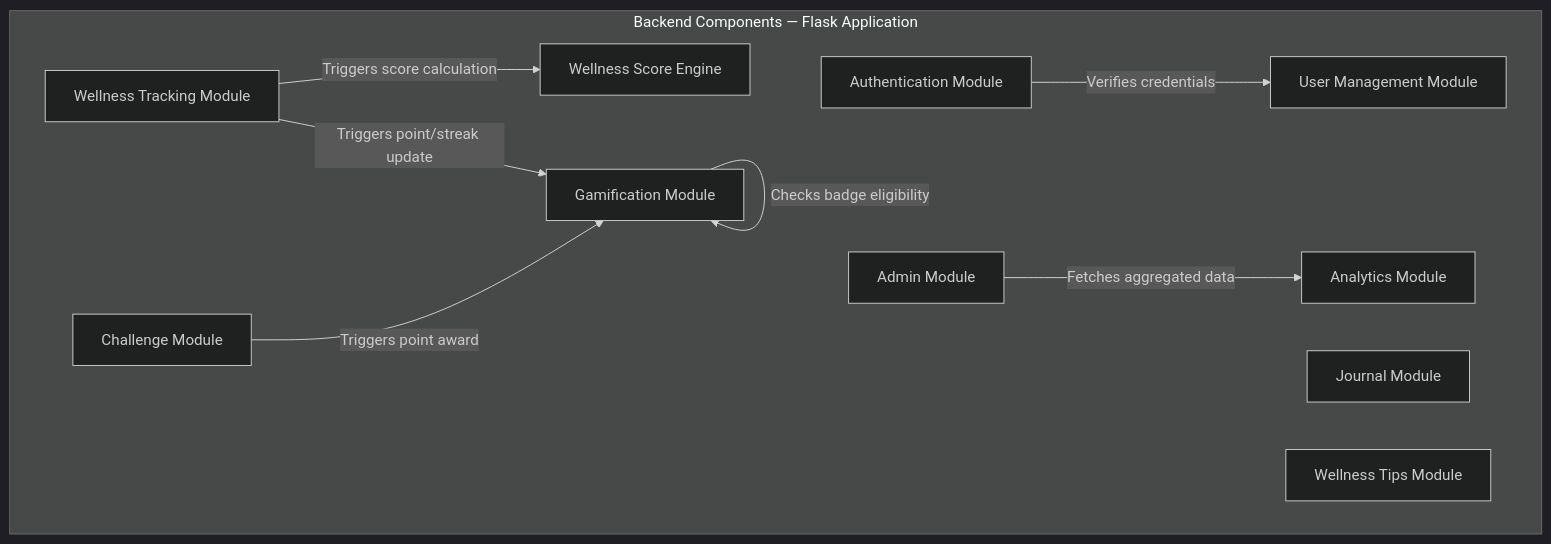
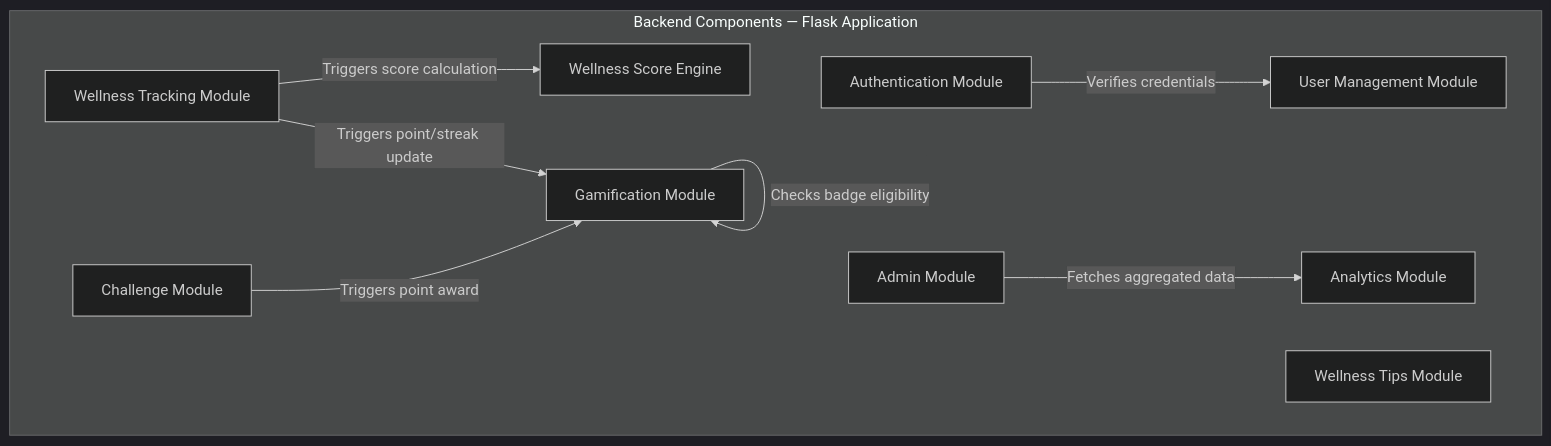
The third of 21 diagrams in ARCHITECTURE.md (goxxie08/Wellvia), drawn with Mermaid (dark theme) before and after one commit. The commit also changed other lines of this file and 2 other files, not shown here.

Commit message:
docs: remove journal feature references

````diff
--- a/ARCHITECTURE.md
+++ b/ARCHITECTURE.md
@@ -351,22 +336,21 @@
 ```mermaid
 flowchart TD
     subgraph Backend["Backend Components — Flask Application"]
         AuthMod["Authentication Module"]
         UserMod["User Management Module"]
         WellnessMod["Wellness Tracking Module"]
-        JournalMod["Journal Module"]
         TipsMod["Wellness Tips Module"]
         ChallengeMod["Challenge Module"]
         GamificationMod["Gamification Module"]
         AnalyticsMod["Analytics Module"]
         AdminMod["Admin Module"]
         ScoreEngine["Wellness Score Engine"]
     end
 
     AuthMod -->|"Verifies credentials"| UserMod
     WellnessMod -->|"Triggers score calculation"| ScoreEngine
     WellnessMod -->|"Triggers point/streak update"| GamificationMod
     ChallengeMod -->|"Triggers point award"| GamificationMod
     GamificationMod -->|"Checks badge eligibility"| GamificationMod
     AdminMod -->|"Fetches aggregated data"| AnalyticsMod
 ```
````
